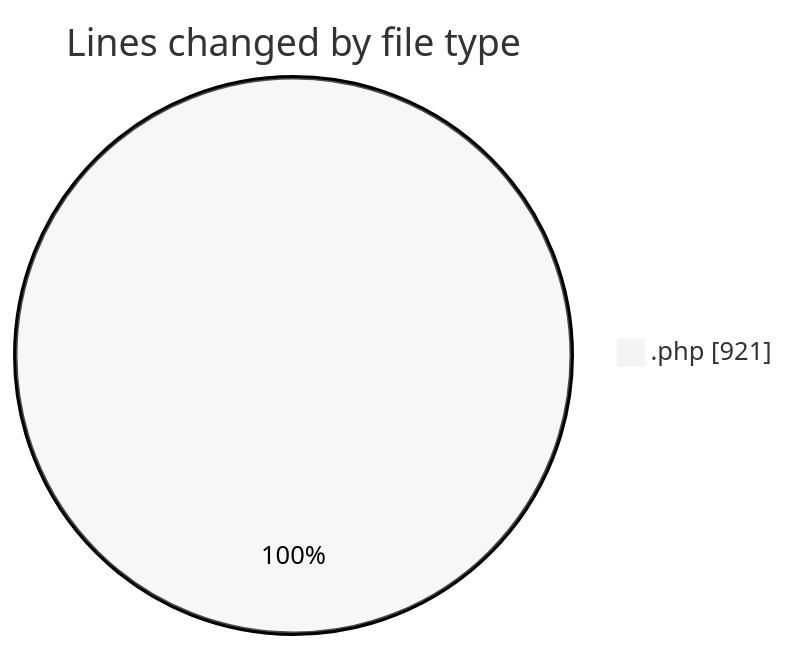
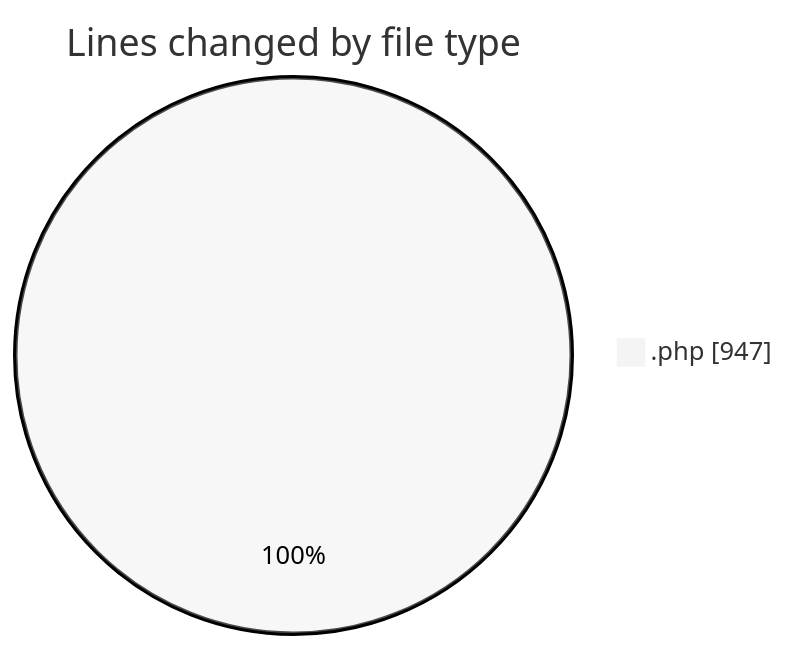
One commit to debugP/code-tracking changed the first of 2 diagrams in 2026-07-30/untitled__workspace_/README.md. Above: the diagram before and after it, drawn with Mermaid (neutral theme). The commit also changed other lines of this file and 1 other file, not shown here.

````diff
--- a/2026-07-30/untitled__workspace_/README.md
+++ b/2026-07-30/untitled__workspace_/README.md
@@ -20,5 +20,5 @@
 ```mermaid
 pie showData
 title Lines changed by file type
-".php" : 921
+".php" : 947
 ```
````
